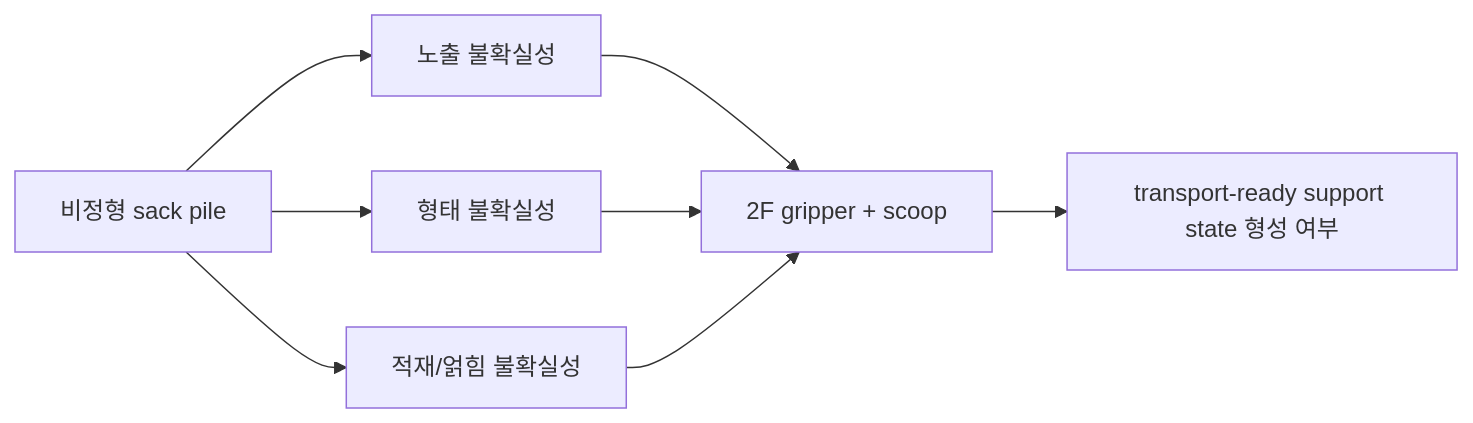
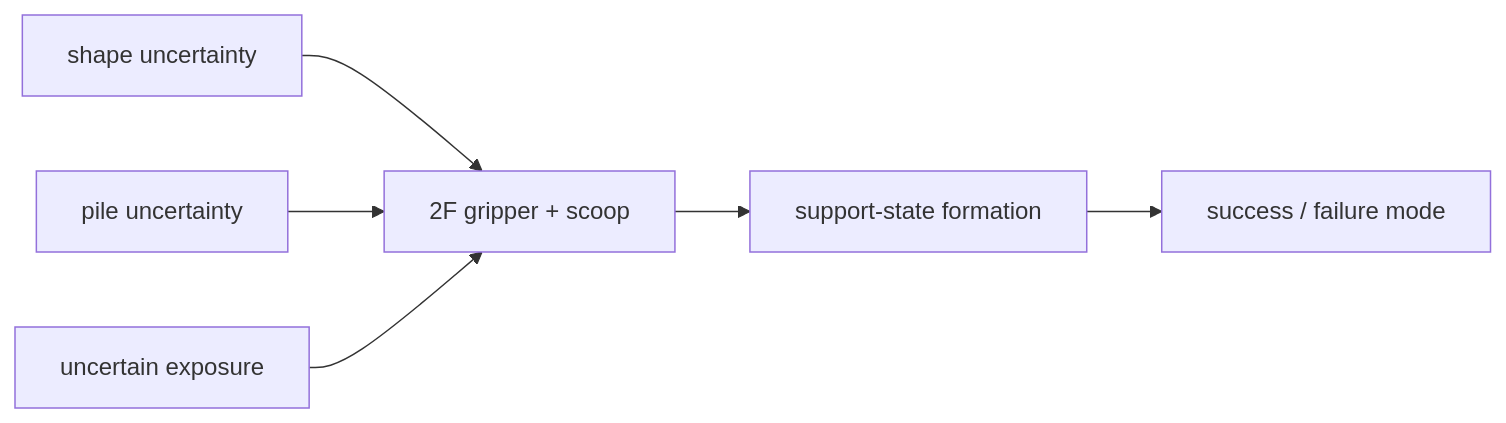
One commit to MichaelKimseongje/sackcodex2 changed the first of 3 diagrams in RESEARCH_POSITIONING_KO.md. Above: the diagram before and after it, drawn with Mermaid. The commit also changed other lines of this file and 273 other files, not shown here.

````diff
--- a/RESEARCH_POSITIONING_KO.md
+++ b/RESEARCH_POSITIONING_KO.md
@@ -36,10 +48,8 @@
 ```mermaid
 flowchart LR
-    A[비정형 sack pile] --> B[노출 불확실성]
-    A --> C[형태 불확실성]
-    A --> D[적재/얽힘 불확실성]
-    B --> E[2F gripper + scoop]
-    C --> E
-    D --> E
-    E --> F[transport-ready support state 형성 여부]
+    A[shape uncertainty] --> D[2F gripper + scoop]
+    B[pile uncertainty] --> D
+    C[uncertain exposure] --> D
+    D --> E[support-state formation]
+    E --> F[success / failure mode]
 ```
````
